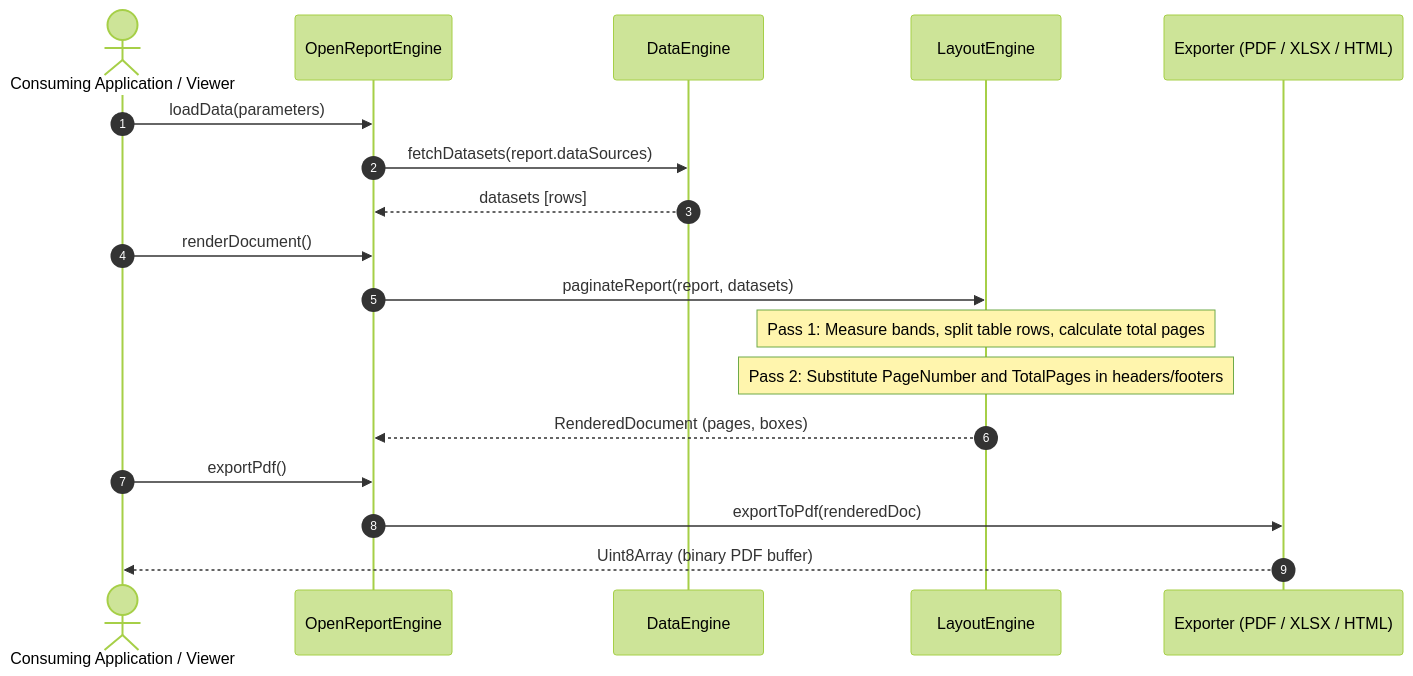
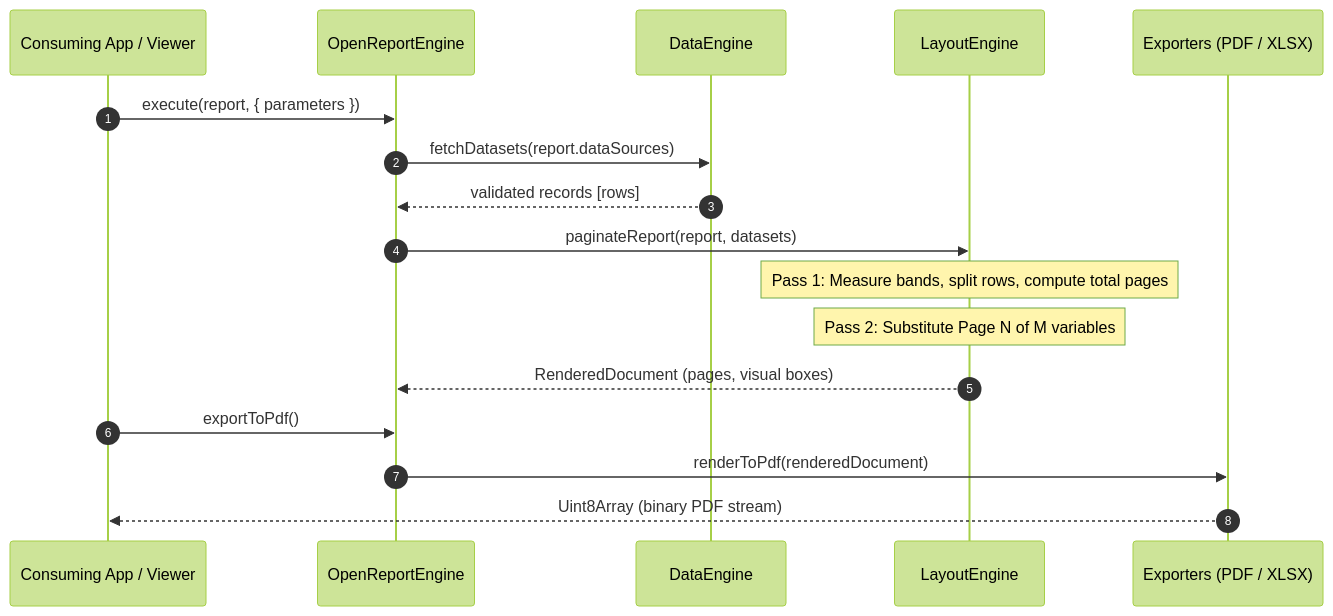
The second of 3 diagrams in docs/ARCHITECTURE.md (ssoad/OpenReport), drawn with Mermaid (forest theme) before and after one commit. The commit also changed other lines of this file and 1 other file, not shown here.

Commit message:
fix(docs): refine ARCHITECTURE layout with balanced widescreen pipeline, theme styling, and modern package topology

````diff
--- a/docs/ARCHITECTURE.md
+++ b/docs/ARCHITECTURE.md
@@ -97,21 +48,20 @@
 ```mermaid
 sequenceDiagram
     autonumber
-    actor Client as Consuming Application / Viewer
-    participant Facade as OpenReportEngine
+    participant App as Consuming App / Viewer
+    participant Engine as OpenReportEngine
     participant Data as DataEngine
     participant Layout as LayoutEngine
-    participant Exporter as Exporter (PDF / XLSX / HTML)
+    participant Exporter as Exporters (PDF / XLSX)
 
-    Client->>Facade: loadData(parameters)
-    Facade->>Data: fetchDatasets(report.dataSources)
-    Data-->>Facade: datasets [rows]
-    Client->>Facade: renderDocument()
-    Facade->>Layout: paginateReport(report, datasets)
-    Note over Layout: Pass 1: Measure bands, split table rows, calculate total pages
-    Note over Layout: Pass 2: Substitute PageNumber and TotalPages in headers/footers
-    Layout-->>Facade: RenderedDocument (pages, boxes)
-    Client->>Facade: exportPdf()
-    Facade->>Exporter: exportToPdf(renderedDoc)
-    Exporter-->>Client: Uint8Array (binary PDF buffer)
+    App->>Engine: execute(report, { parameters })
+    Engine->>Data: fetchDatasets(report.dataSources)
+    Data-->>Engine: validated records [rows]
+    Engine->>Layout: paginateReport(report, datasets)
+    Note over Layout: Pass 1: Measure bands, split rows, compute total pages
+    Note over Layout: Pass 2: Substitute Page N of M variables
+    Layout-->>Engine: RenderedDocument (pages, visual boxes)
+    App->>Engine: exportToPdf()
+    Engine->>Exporter: renderToPdf(renderedDocument)
+    Exporter-->>App: Uint8Array (binary PDF stream)
 ```
````
